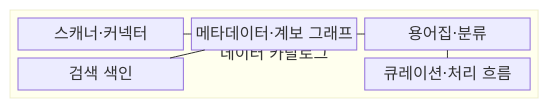
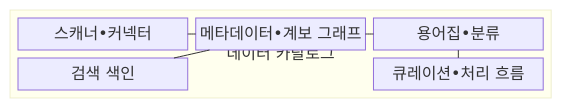
Before and after one commit to agnusdei1207/knowledge-base: the first of 2 diagrams in src/content/docs/notes/03-software/133_data_catalog.md, drawn with Mermaid. The commit also changed other lines of this file and 953 other files, not shown here.

````diff
--- a/src/content/docs/notes/03-software/133_data_catalog.md
+++ b/src/content/docs/notes/03-software/133_data_catalog.md
@@ -69,17 +69,17 @@
 ```mermaid
 block
     columns 1
     block:CATALOG["데이터 카탈로그"]
         columns 3
-        A["스캐너·커넥터"]
-        B["메타데이터·계보 그래프"]
-        C["용어집·분류"]
+        A["스캐너•커넥터"]
+        B["메타데이터•계보 그래프"]
+        C["용어집•분류"]
         D["검색 색인"]
         space
-        E["큐레이션·처리 흐름"]
+        E["큐레이션•처리 흐름"]
     end
     A --- B
     B --- C
     B --- D
     C --- E
 ```
````
